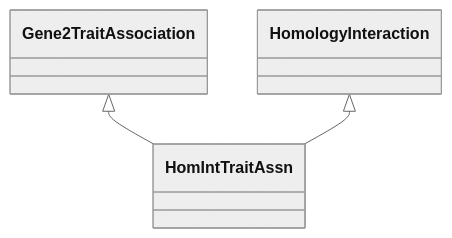
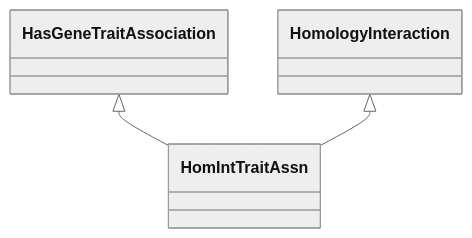
The diagram in semantic-motif-taxonomy/knet-motif-categories-doc/HomIntTraitAssn.md (KnetMiner/knetminer-schemas), drawn with Mermaid (neutral theme) before and after one commit. The commit also changed other lines of this file and 59 other files, not shown here.

````diff
--- a/semantic-motif-taxonomy/knet-motif-categories-doc/HomIntTraitAssn.md
+++ b/semantic-motif-taxonomy/knet-motif-categories-doc/HomIntTraitAssn.md
@@ -21,11 +21,11 @@
 ```mermaid
  classDiagram
     class HomIntTraitAssn
     click HomIntTraitAssn href "../HomIntTraitAssn"
-      Gene2TraitAssociation <|-- HomIntTraitAssn
-        click Gene2TraitAssociation href "../Gene2TraitAssociation"
+      HasGeneTraitAssociation <|-- HomIntTraitAssn
+        click HasGeneTraitAssociation href "../HasGeneTraitAssociation"
       HomologyInteraction <|-- HomIntTraitAssn
         click HomologyInteraction href "../HomologyInteraction"
       
       
 ```
````
